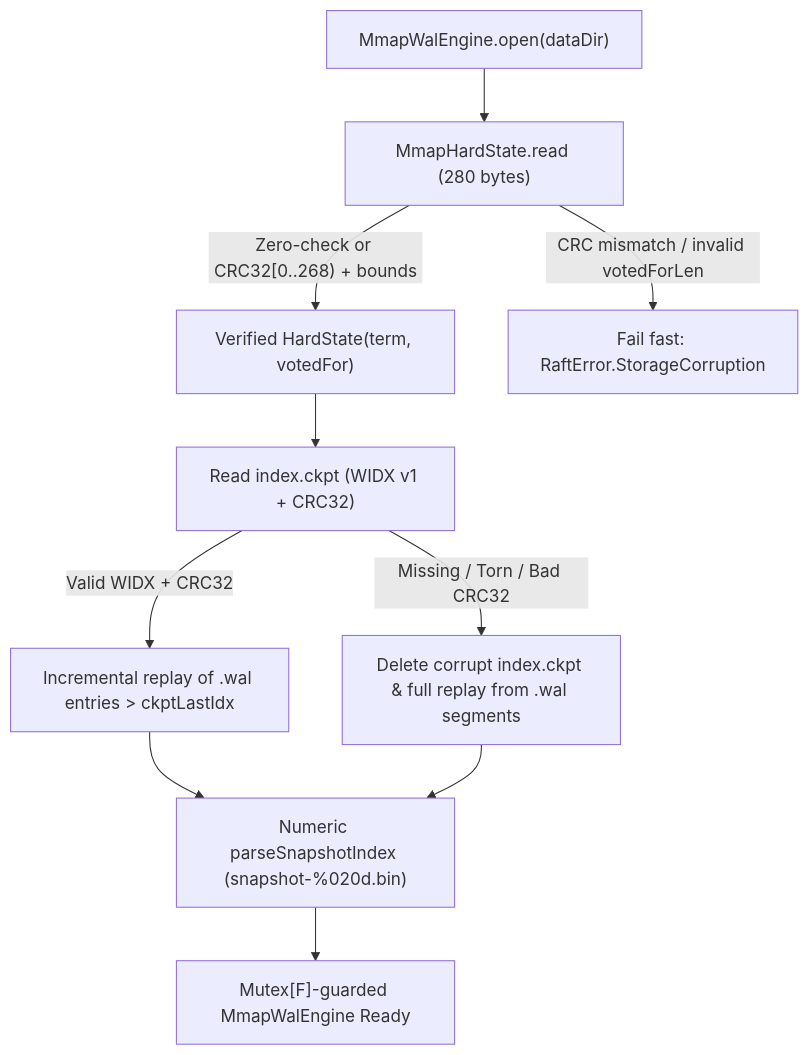
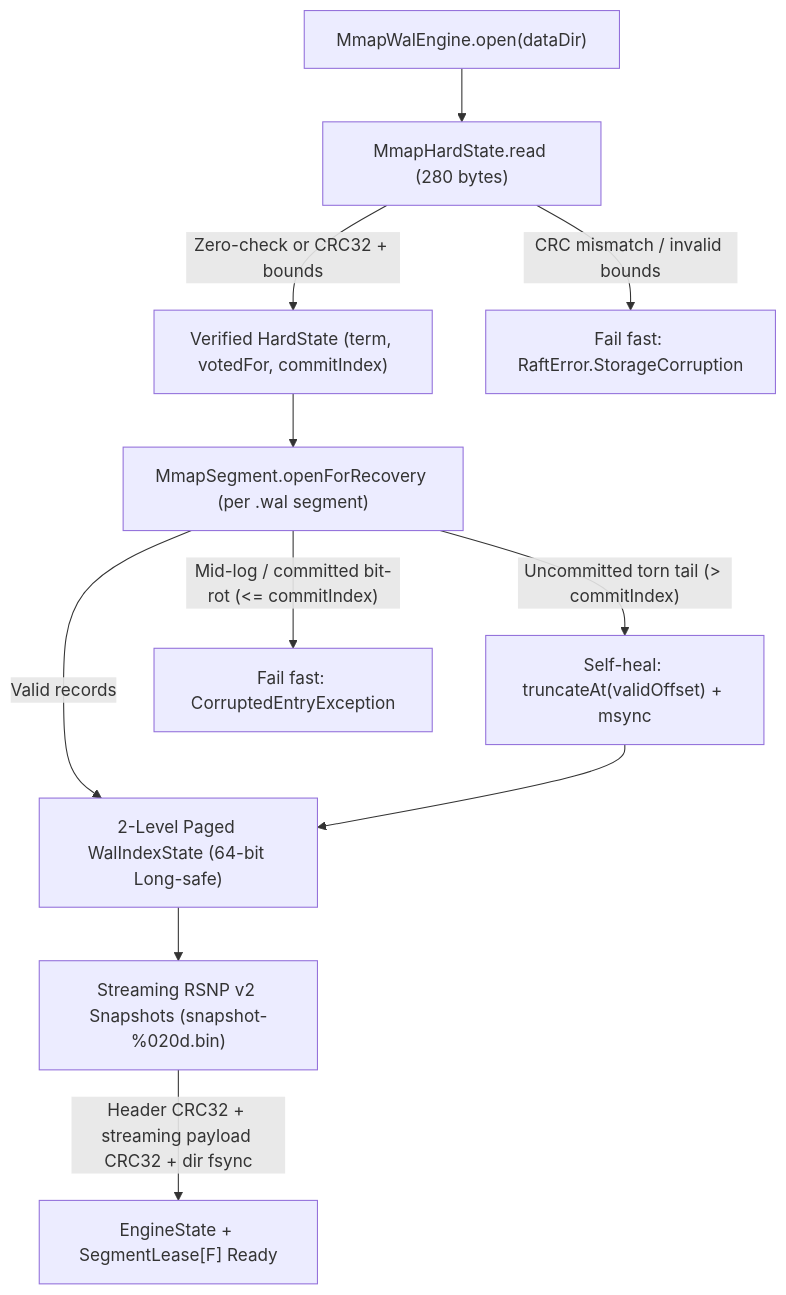
Before and after one commit to bmscomp/raft: the first of 2 diagrams in docs/book/11-failure-modes.md, drawn with Mermaid. The commit also changed other lines of this file and 8 other files, not shown here.

First line of the commit message:
refactor(storage-mmap): Phase 2 — lease-safe FFM WAL, torn-tail healing & RSNP v2 streaming snapshots

````diff
--- a/docs/book/11-failure-modes.md
+++ b/docs/book/11-failure-modes.md
@@ -574,14 +574,15 @@
 ```mermaid
 flowchart TD
     OPEN["MmapWalEngine.open(dataDir)"] --> HS["MmapHardState.read (280 bytes)"]
-    HS -->|"Zero-check or CRC32[0..268) + bounds"| HS_OK["Verified HardState(term, votedFor)"]
-    HS -->|"CRC mismatch / invalid votedForLen"| CORRUPT["Fail fast: RaftError.StorageCorruption"]
+    HS -->|"Zero-check or CRC32 + bounds"| HS_OK["Verified HardState (term, votedFor, commitIndex)"]
+    HS -->|"CRC mismatch / invalid bounds"| CORRUPT["Fail fast: RaftError.StorageCorruption"]
 
-    HS_OK --> CKPT["Read index.ckpt (WIDX v1 + CRC32)"]
-    CKPT -->|"Valid WIDX + CRC32"| TAIL["Incremental replay of .wal entries > ckptLastIdx"]
-    CKPT -->|"Missing / Torn / Bad CRC32"| REBUILD["Delete corrupt index.ckpt & full replay from .wal segments"]
+    HS_OK --> WAL["MmapSegment.openForRecovery (per .wal segment)"]
+    WAL -->|"Valid records"| IDX["2-Level Paged WalIndexState (64-bit Long-safe)"]
+    WAL -->|"Uncommitted torn tail (> commitIndex)"| HEAL["Self-heal: truncateAt(validOffset) + msync"]
+    WAL -->|"Mid-log / committed bit-rot (<= commitIndex)"| CORRUPT_WAL["Fail fast: CorruptedEntryException"]
+    HEAL --> IDX
 
-    TAIL --> SNAP["Numeric parseSnapshotIndex (snapshot-%020d.bin)"]
-    REBUILD --> SNAP
-    SNAP --> READY["Mutex[F]-guarded MmapWalEngine Ready"]
+    IDX --> SNAP["Streaming RSNP v2 Snapshots (snapshot-%020d.bin)"]
+    SNAP -->|"Header CRC32 + streaming payload CRC32 + dir fsync"| READY["EngineState + SegmentLease[F] Ready"]
 ```
````
